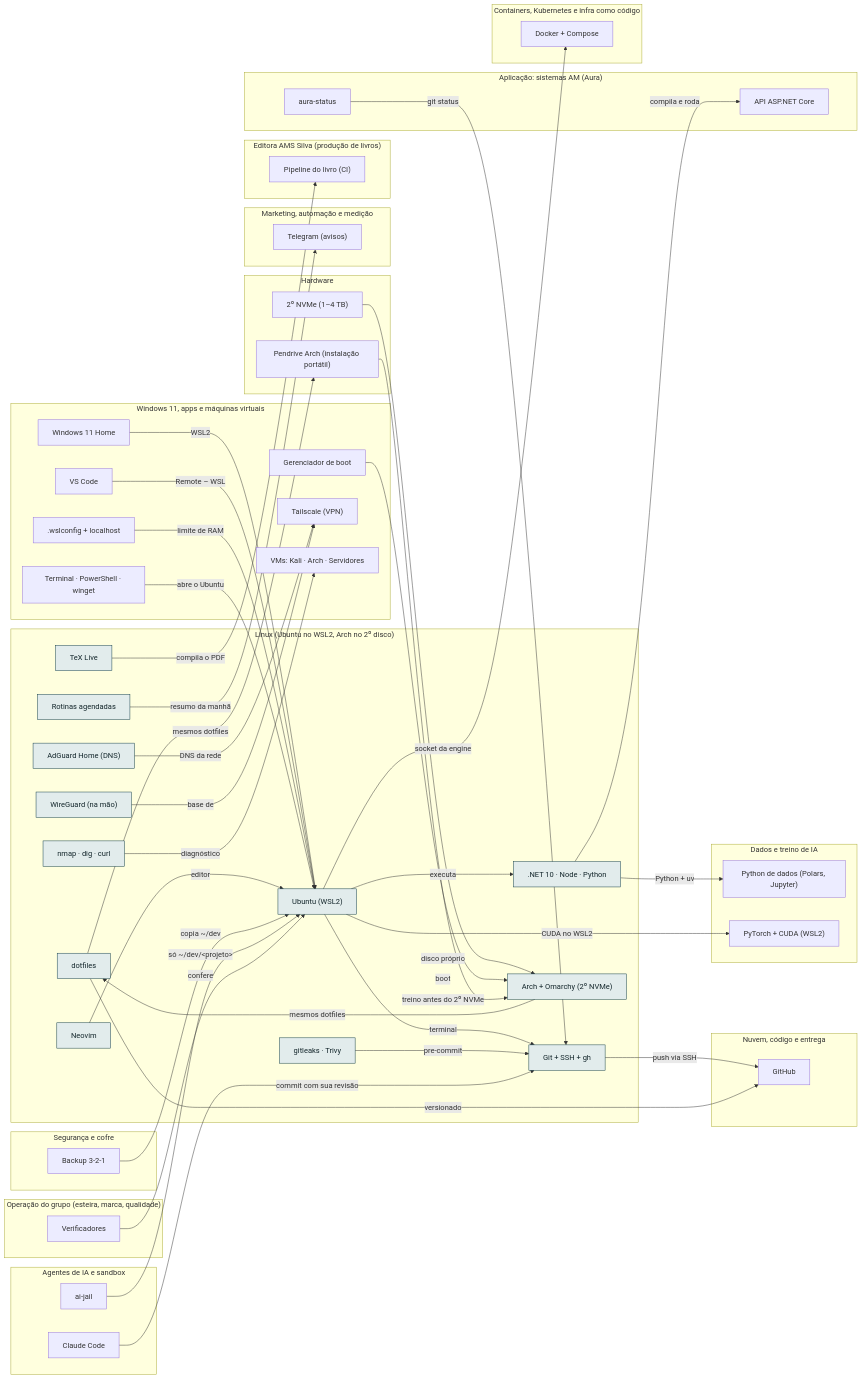
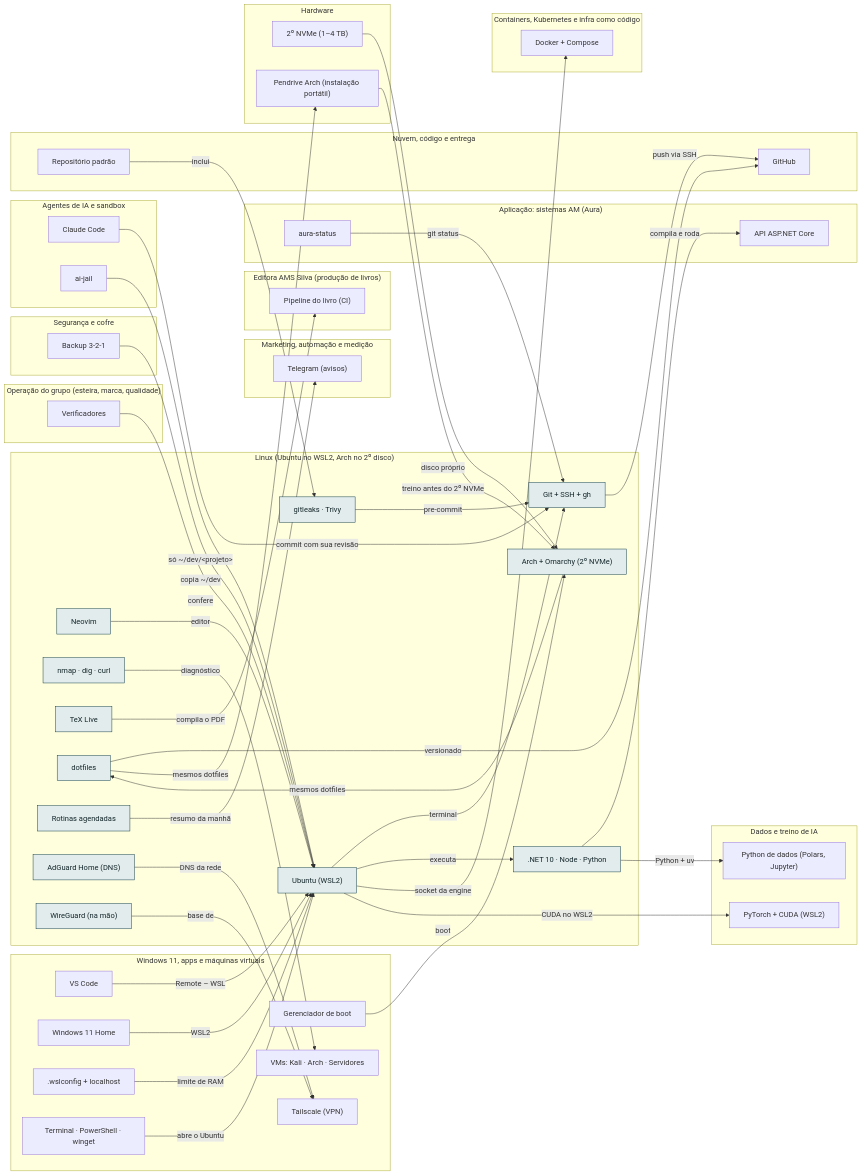
One commit to AlanMateus17/dev-setup changed the diagram in docs/camadas/04-lin.md. Above: the diagram before and after it, drawn with Mermaid. The commit also changed other lines of this file and 23 other files, not shown here.

```diff
--- a/docs/camadas/04-lin.md
+++ b/docs/camadas/04-lin.md
@@ -38,6 +38,7 @@
   end
   subgraph L_nuvem["Nuvem, código e entrega"]
     n_gh["GitHub"]
+    n_repopadrao["Repositório padrão"]
   end
   subgraph L_app["Aplicação: sistemas AM (Aura)"]
     n_api["API ASP.NET Core"]
@@ -90,6 +91,7 @@
   n_rt -->|"compila e roda"| n_api
   n_rt -->|"Python + uv"| n_pyds
   n_tex -->|"compila o PDF"| n_bci
+  n_repopadrao -->|"inclui"| n_sec
   n_dot -->|"versionado"| n_gh
   n_dot -->|"mesmos dotfiles"| n_parch
   n_arch -->|"mesmos dotfiles"| n_dot
```
